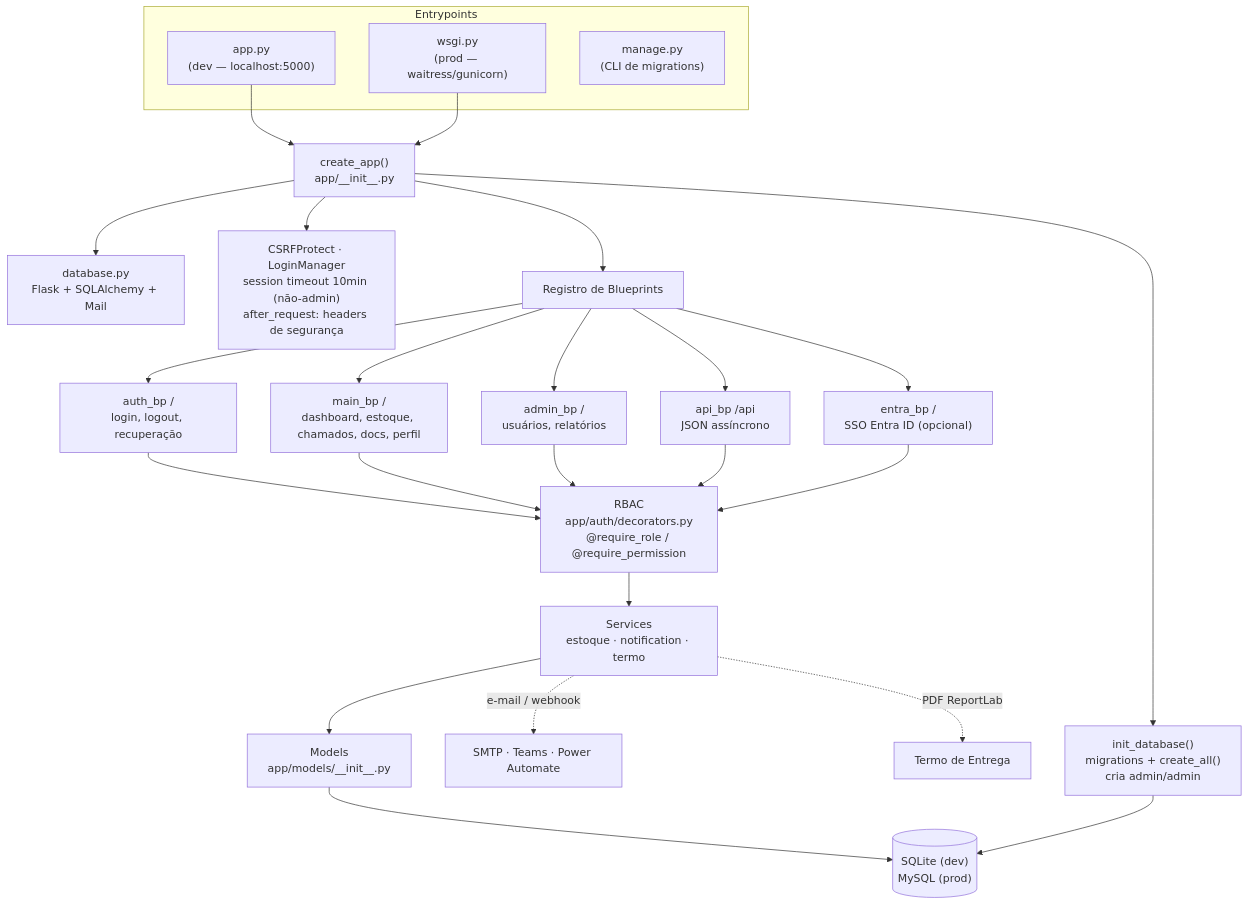
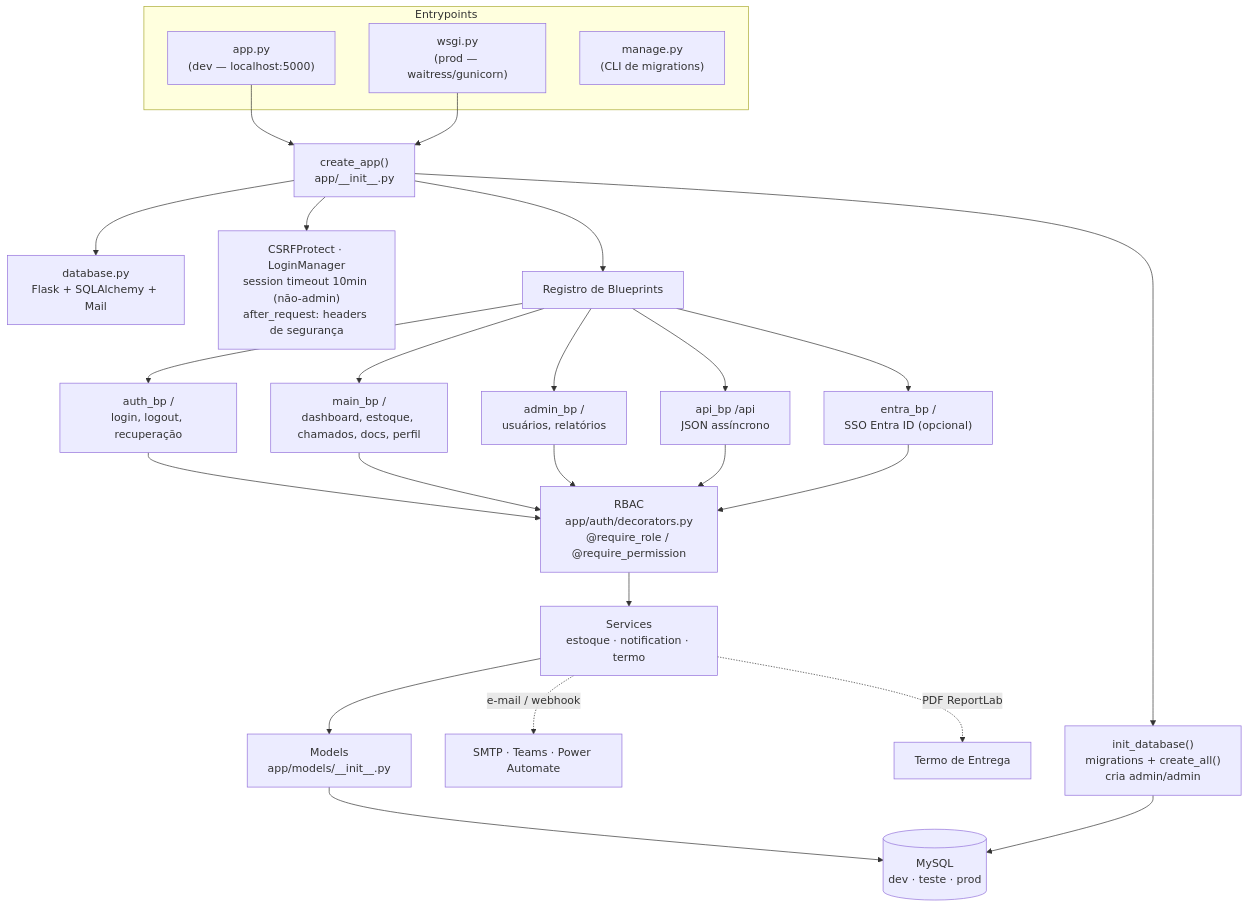
One commit to YanWaltrick/ESTOQUE-1.0 changed the first of 3 diagrams in docs/ARQUITETURA.md. Above: the diagram before and after it, drawn with Mermaid. The commit also changed 5 other files, not shown here.

````diff
--- a/docs/ARQUITETURA.md
+++ b/docs/ARQUITETURA.md
@@ -9,32 +9,32 @@
 ```mermaid
 flowchart TD
     subgraph ENTRY["Entrypoints"]
         A1["app.py<br/>(dev — localhost:5000)"]
         A2["wsgi.py<br/>(prod — waitress/gunicorn)"]
         A3["manage.py<br/>(CLI de migrations)"]
     end
 
     A1 & A2 --> FAC["create_app()<br/>app/__init__.py"]
 
     FAC --> DB0["database.py<br/>Flask + SQLAlchemy + Mail"]
     FAC --> SEC["CSRFProtect · LoginManager<br/>session timeout 10min (não-admin)<br/>after_request: headers de segurança"]
     FAC --> BP["Registro de Blueprints"]
     FAC --> INIT["init_database()<br/>migrations + create_all()<br/>cria admin/admin"]
 
     BP --> R1["auth_bp /<br/>login, logout, recuperação"]
     BP --> R2["main_bp /<br/>dashboard, estoque, chamados, docs, perfil"]
     BP --> R3["admin_bp /<br/>usuários, relatórios"]
     BP --> R4["api_bp /api<br/>JSON assíncrono"]
     BP --> R5["entra_bp /<br/>SSO Entra ID (opcional)"]
 
     R1 & R2 & R3 & R4 & R5 --> DEC["RBAC<br/>app/auth/decorators.py<br/>@require_role / @require_permission"]
 
     DEC --> SVC["Services<br/>estoque · notification · termo"]
     SVC --> MOD["Models<br/>app/models/__init__.py"]
-    MOD --> DBX[("SQLite (dev)<br/>MySQL (prod)")]
+    MOD --> DBX[("MySQL<br/>dev · teste · prod")]
 
     SVC -.->|e-mail / webhook| EXT["SMTP · Teams · Power Automate"]
     SVC -.->|PDF ReportLab| PDF["Termo de Entrega"]
 
     INIT --> DBX
 ```
````
